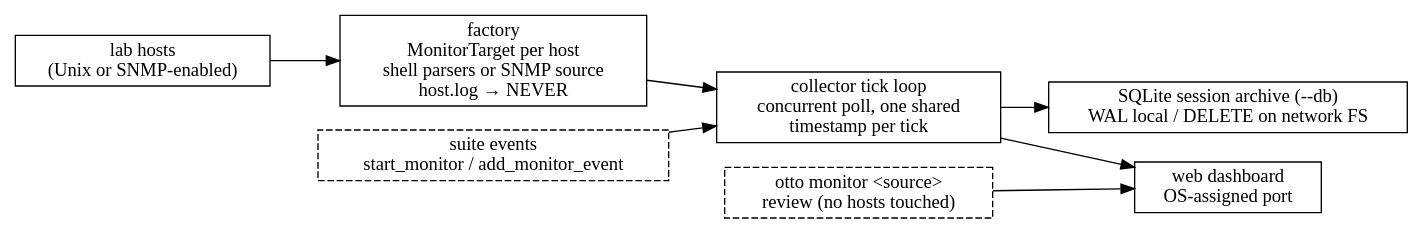
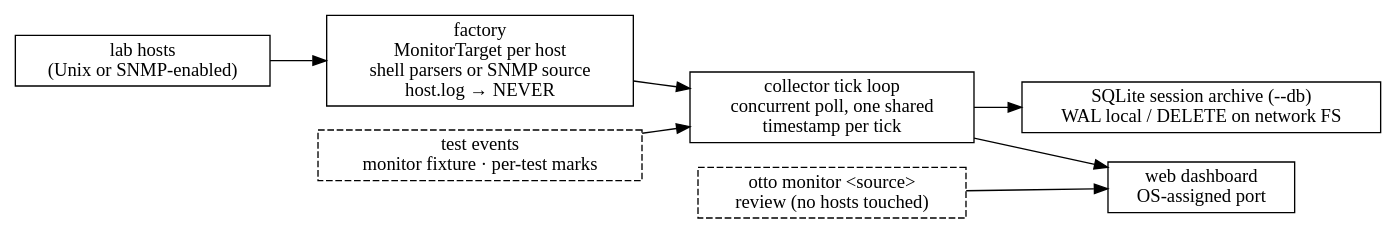
One commit to ludachrish3/otto-sh changed the diagram in docs/architecture/subsystems/monitoring.md. Above: the diagram before and after it, drawn with Graphviz. The commit also changed other lines of this file and 303 other files, not shown here.

````diff
--- a/docs/architecture/subsystems/monitoring.md
+++ b/docs/architecture/subsystems/monitoring.md
@@ -31,20 +31,20 @@
 ```{graphviz}
 digraph monitor {
     rankdir=LR;
     node [shape=box];
 
     hosts [label="lab hosts\n(Unix or SNMP-enabled)"];
     factory [label="factory\nMonitorTarget per host\nshell parsers or SNMP source\nhost.log → NEVER"];
     collector [label="collector tick loop\nconcurrent poll, one shared\ntimestamp per tick"];
-    events [label="suite events\nstart_monitor / add_monitor_event", style=dashed];
+    events [label="test events\nmonitor fixture · per-test marks", style=dashed];
     db [label="SQLite session archive (--db)\nWAL local / DELETE on network FS"];
     dash [label="web dashboard\nOS-assigned port"];
     replay [label="otto monitor <source>\nreview (no hosts touched)", style=dashed];
 
     hosts -> factory -> collector;
     events -> collector;
     collector -> db;
     collector -> dash;
     replay -> dash;
 }
 ```
````
